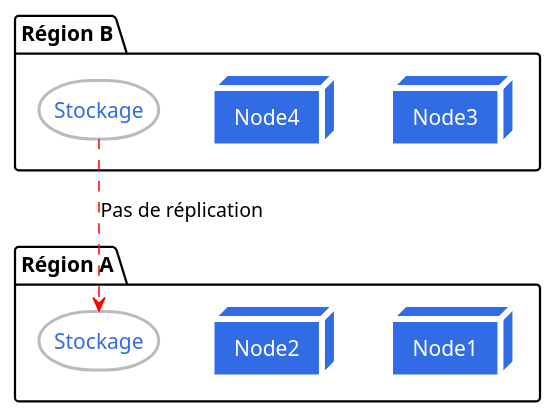
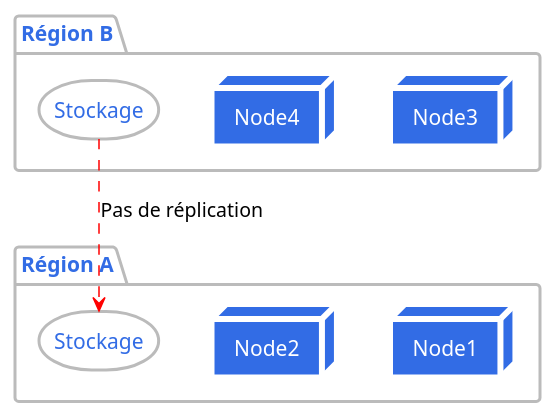
Before and after one commit to sylvainmetayer/talk-k8s-2-az: the diagram in diagrams/040-storage-presentation.puml, drawn with PlantUML. The commit also changed 6 other files, not shown here.

Commit message:
Graphes uniformes + fix netpart etcd

```diff
--- a/diagrams/040-storage-presentation.puml
+++ b/diagrams/040-storage-presentation.puml
@@ -1,38 +1,39 @@
 @startuml
 
-skinparam cluster {
-    BackgroundColor white
+skinparam package {
+    BackgroundColor #fff
     BorderColor #bbb
     BorderThickness 2
     FontColor #326ce5
+    TitleFontColor #326ce5
 }
 
 skinparam node {
     BackgroundColor #326ce5
     BorderColor white
     BorderThickness 4
     FontColor white
 }
 
 skinparam storage {
     BackgroundColor white
     BorderColor #bbb
     BorderThickness 2
     FontColor #326ce5
 }
 
 package "Région B" as zoneB {
     node "Node3" as n3
     node "Node4" as n4
     storage "Stockage" as s1
 }
 
 package "Région A" as zoneA {
     node "Node1" as n1
     node "Node2" as n2
     storage "Stockage" as s2
 }
 
 s1 -[#red,dashed]-> s2 : Pas de réplication
 
 @enduml
```
